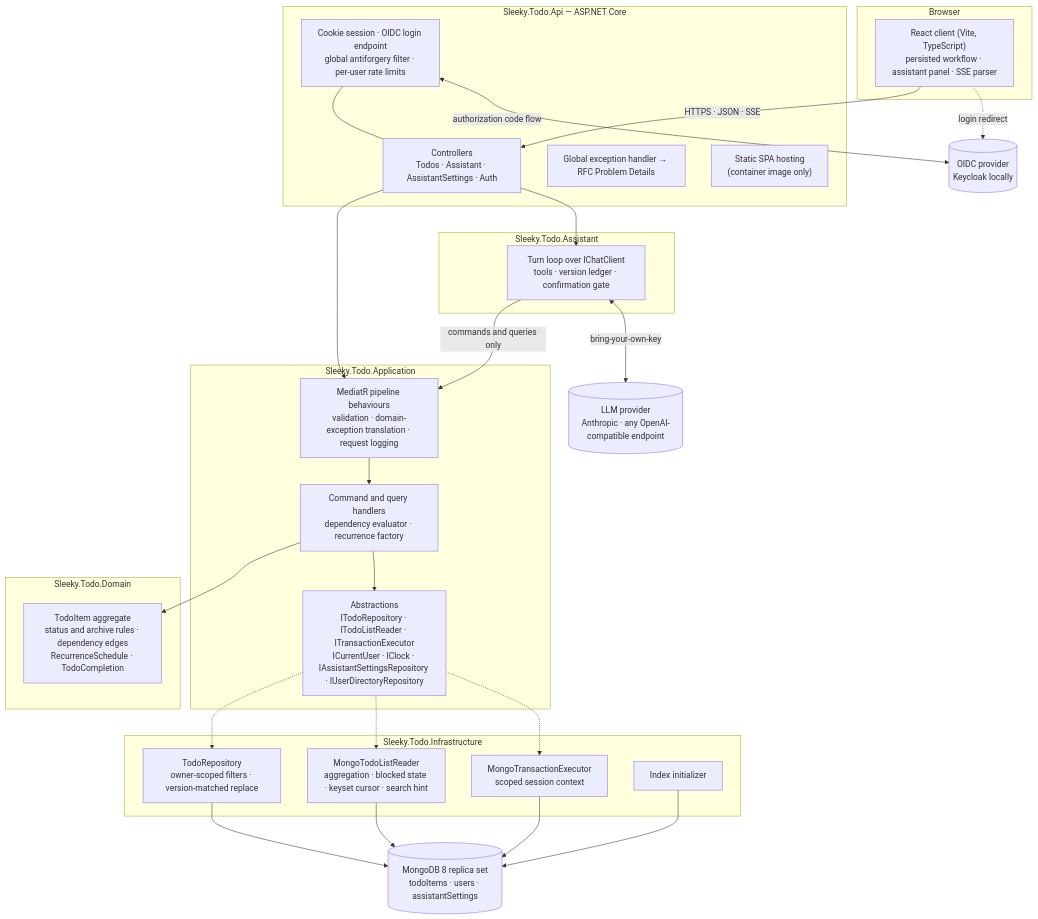
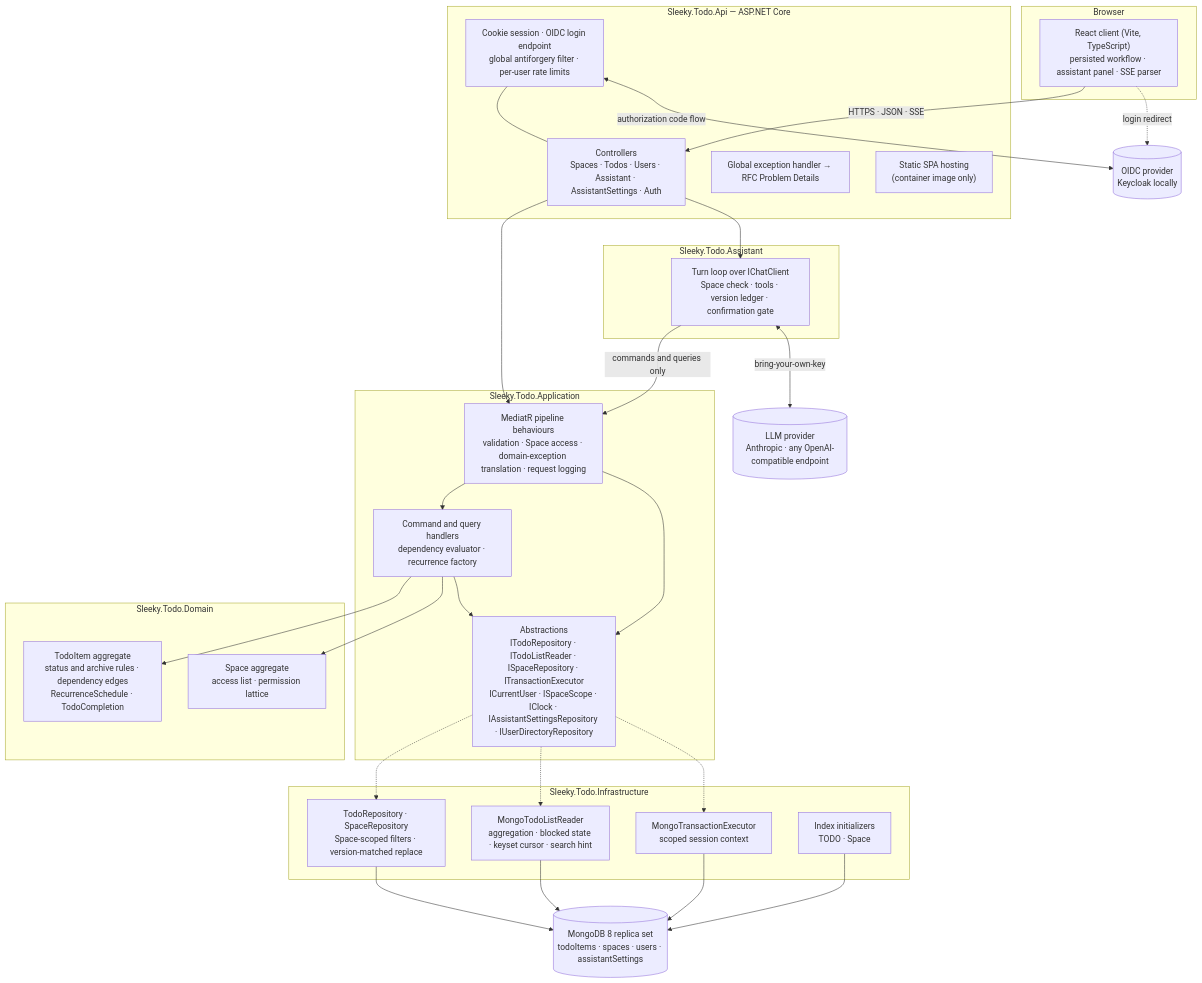
One commit to Space0Timer/sleeky-todo changed the first of 2 diagrams in docs/architecture.md. Above: the diagram before and after it, drawn with Mermaid. The commit also changed other lines of this file and 3 other files, not shown here.

````diff
--- a/docs/architecture.md
+++ b/docs/architecture.md
@@ -7,57 +7,60 @@
 ```mermaid
 flowchart TB
     subgraph browser["Browser"]
         spa["React client (Vite, TypeScript)<br/>persisted workflow · assistant panel · SSE parser"]
     end
 
     subgraph api["Sleeky.Todo.Api — ASP.NET Core"]
         auth["Cookie session · OIDC login endpoint<br/>global antiforgery filter · per-user rate limits"]
-        controllers["Controllers<br/>Todos · Assistant · AssistantSettings · Auth"]
+        controllers["Controllers<br/>Spaces · Todos · Users · Assistant · AssistantSettings · Auth"]
         problems["Global exception handler → RFC Problem Details"]
         static["Static SPA hosting<br/>(container image only)"]
     end
 
     subgraph assistant["Sleeky.Todo.Assistant"]
-        turn["Turn loop over IChatClient<br/>tools · version ledger · confirmation gate"]
+        turn["Turn loop over IChatClient<br/>Space check · tools · version ledger · confirmation gate"]
     end
 
     subgraph application["Sleeky.Todo.Application"]
-        pipeline["MediatR pipeline behaviours<br/>validation · domain-exception translation · request logging"]
+        pipeline["MediatR pipeline behaviours<br/>validation · Space access · domain-exception translation · request logging"]
         handlers["Command and query handlers<br/>dependency evaluator · recurrence factory"]
-        abstractions["Abstractions<br/>ITodoRepository · ITodoListReader · ITransactionExecutor<br/>ICurrentUser · IClock · IAssistantSettingsRepository · IUserDirectoryRepository"]
+        abstractions["Abstractions<br/>ITodoRepository · ITodoListReader · ISpaceRepository · ITransactionExecutor<br/>ICurrentUser · ISpaceScope · IClock · IAssistantSettingsRepository · IUserDirectoryRepository"]
     end
 
     subgraph domain["Sleeky.Todo.Domain"]
         entity["TodoItem aggregate<br/>status and archive rules · dependency edges<br/>RecurrenceSchedule · TodoCompletion"]
+        space["Space aggregate<br/>access list · permission lattice"]
     end
 
     subgraph infrastructure["Sleeky.Todo.Infrastructure"]
-        repo["TodoRepository<br/>owner-scoped filters · version-matched replace"]
+        repo["TodoRepository · SpaceRepository<br/>Space-scoped filters · version-matched replace"]
         reader["MongoTodoListReader<br/>aggregation · blocked state · keyset cursor · search hint"]
         tx["MongoTransactionExecutor<br/>scoped session context"]
-        startup["Index initializer"]
+        startup["Index initializers<br/>TODO · Space"]
     end
 
-    mongo[("MongoDB 8 replica set<br/>todoItems · users · assistantSettings")]
+    mongo[("MongoDB 8 replica set<br/>todoItems · spaces · users · assistantSettings")]
     idp[("OIDC provider<br/>Keycloak locally")]
     llm[("LLM provider<br/>Anthropic · any OpenAI-compatible endpoint")]
 
     spa -->|"HTTPS · JSON · SSE"| controllers
     spa -.->|"login redirect"| idp
     auth --- controllers
     controllers --> pipeline
     controllers --> turn
     turn -->|"commands and queries only"| pipeline
     turn <-->|"bring-your-own-key"| llm
     pipeline --> handlers
+    pipeline --> abstractions
     handlers --> entity
+    handlers --> space
     handlers --> abstractions
     abstractions -.-> repo
     abstractions -.-> reader
     abstractions -.-> tx
     repo --> mongo
     reader --> mongo
     tx --> mongo
     startup --> mongo
     auth <-->|"authorization code flow"| idp
 ```
````
